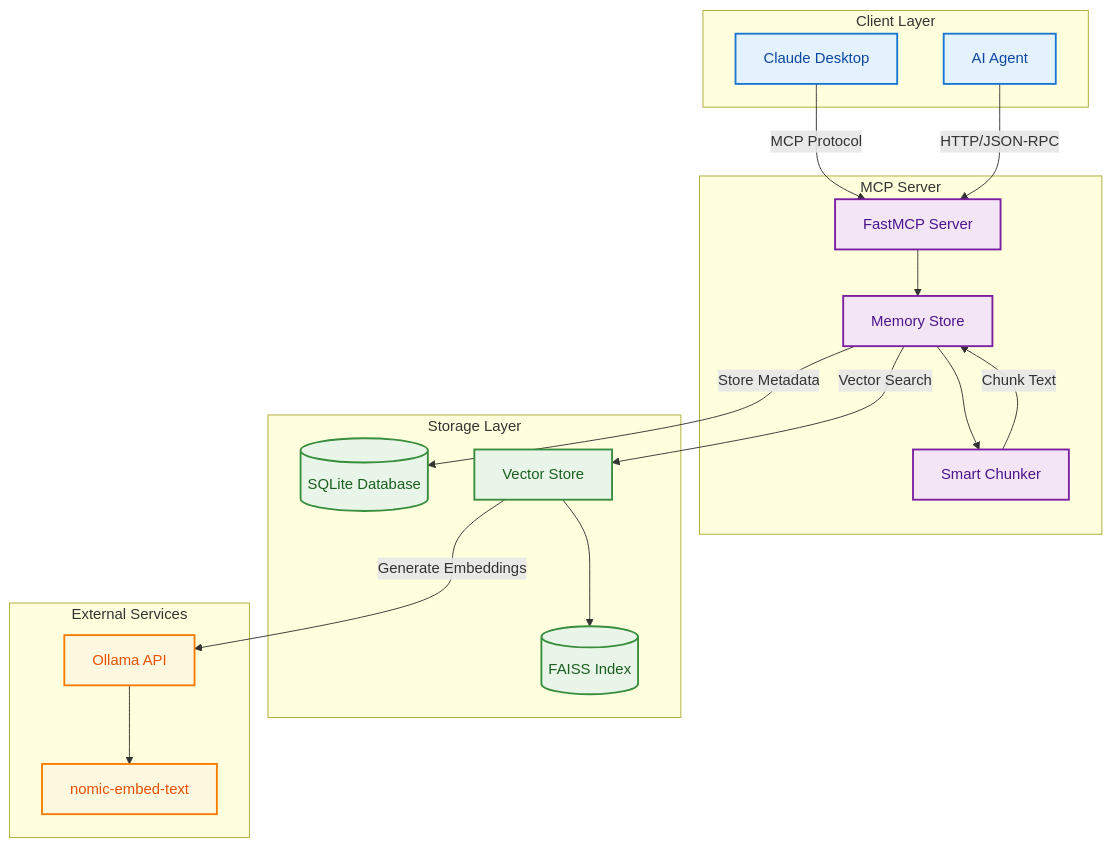
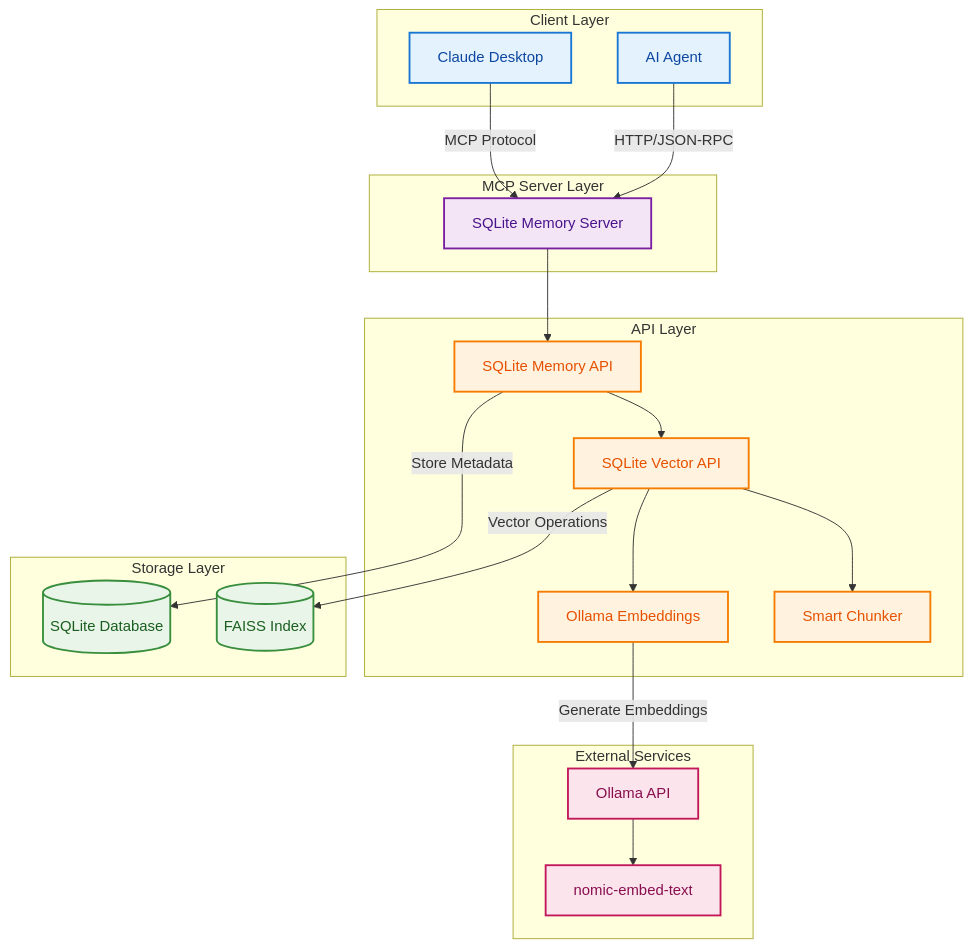
Before and after one commit to cunicopia-dev/local-memory-mcp: the second of 3 diagrams in README.md, drawn with Mermaid. The commit also changed other lines of this file, not shown here.

````diff
--- a/README.md
+++ b/README.md
@@ -7,49 +162,54 @@
 ```mermaid
 graph TB
     subgraph "Client Layer"
         CD[Claude Desktop]
         AI[AI Agent]
     end
     
-    subgraph "MCP Server"
-        FM[FastMCP Server]
-        MS[Memory Store]
+    subgraph "MCP Server Layer"
+        SMS[SQLite Memory Server]
+    end
+    
+    subgraph "API Layer" 
+        SMA[SQLite Memory API]
+        SVA[SQLite Vector API]
+        OE[Ollama Embeddings]
         SC[Smart Chunker]
     end
     
     subgraph "Storage Layer"
         SQL[(SQLite Database)]
-        VS[Vector Store]
         FAISS[(FAISS Index)]
     end
     
     subgraph "External Services"
         OL[Ollama API]
         EM[nomic-embed-text]
     end
     
-    CD -->|MCP Protocol| FM
-    AI -->|HTTP/JSON-RPC| FM
+    CD -->|MCP Protocol| SMS
+    AI -->|HTTP/JSON-RPC| SMS
     
-    FM --> MS
-    MS --> SC
+    SMS --> SMA
+    SMA --> SVA
+    SVA --> SC
+    SVA --> OE
     
-    MS -->|Store Metadata| SQL
-    MS -->|Vector Search| VS
+    SMA -->|Store Metadata| SQL
+    SVA -->|Vector Operations| FAISS
     
-    VS --> FAISS
-    VS -->|Generate Embeddings| OL
+    OE -->|Generate Embeddings| OL
     OL --> EM
-    
-    SC -->|Chunk Text| MS
     
     classDef client fill:#e3f2fd,stroke:#1976d2,stroke-width:2px,color:#0d47a1
     classDef server fill:#f3e5f5,stroke:#7b1fa2,stroke-width:2px,color:#4a148c
+    classDef api fill:#fff3e0,stroke:#f57c00,stroke-width:2px,color:#e65100
     classDef storage fill:#e8f5e8,stroke:#388e3c,stroke-width:2px,color:#1b5e20
-    classDef external fill:#fff8e1,stroke:#f57c00,stroke-width:2px,color:#e65100
+    classDef external fill:#fce4ec,stroke:#c2185b,stroke-width:2px,color:#880e4f
     
     class CD,AI client
-    class FM,MS,SC server
-    class SQL,VS,FAISS storage
+    class SMS server
+    class SMA,SVA,OE,SC api
+    class SQL,FAISS storage
     class OL,EM external
 ```
````
